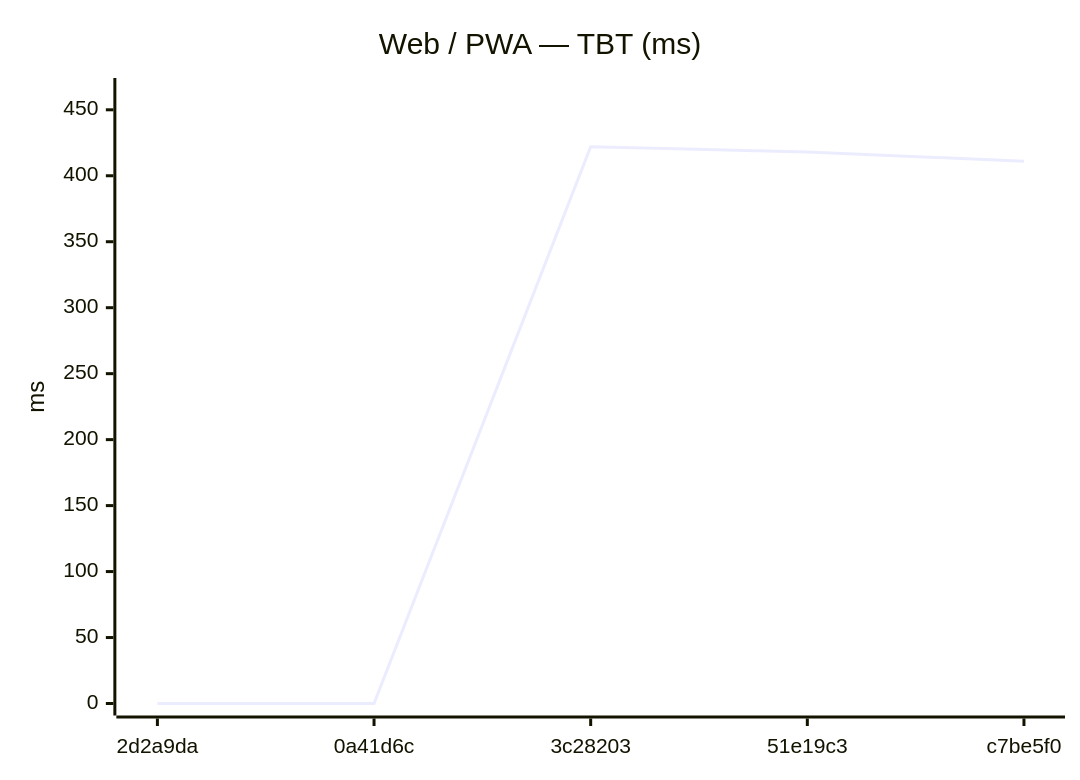
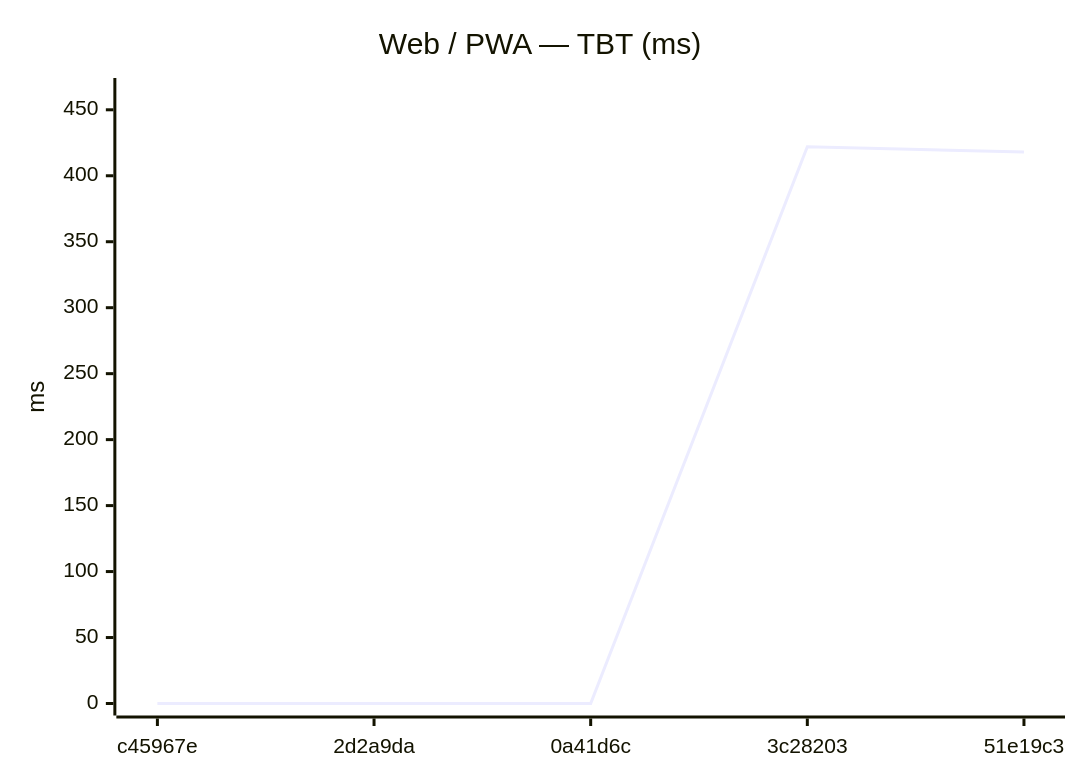
The eighth of 18 diagrams in benchmarks/compare.md (Metaheurist/Rianell), drawn with Mermaid before and after one commit. The commit also changed other lines of this file and 11 other files, not shown here.

````diff
--- a/benchmarks/compare.md
+++ b/benchmarks/compare.md
@@ -124,7 +124,7 @@
 ```mermaid
 xychart-beta
     title "Web / PWA — TBT (ms)"
-    x-axis ["2d2a9da", "0a41d6c", "3c28203", "51e19c3", "c7be5f0"]
+    x-axis ["c45967e", "2d2a9da", "0a41d6c", "3c28203", "51e19c3"]
     y-axis "ms" 0 --> 465
-    line [0, 0, 422, 418, 411]
+    line [0, 0, 0, 422, 418]
 ```
````
